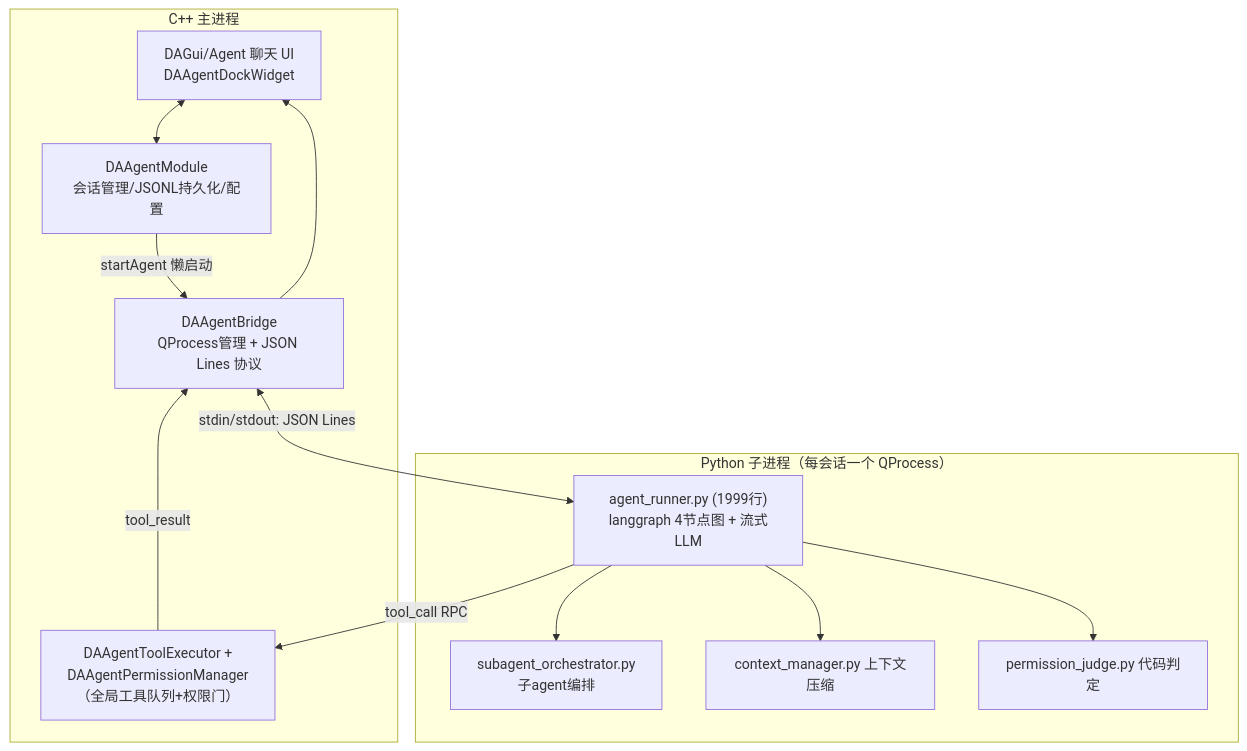
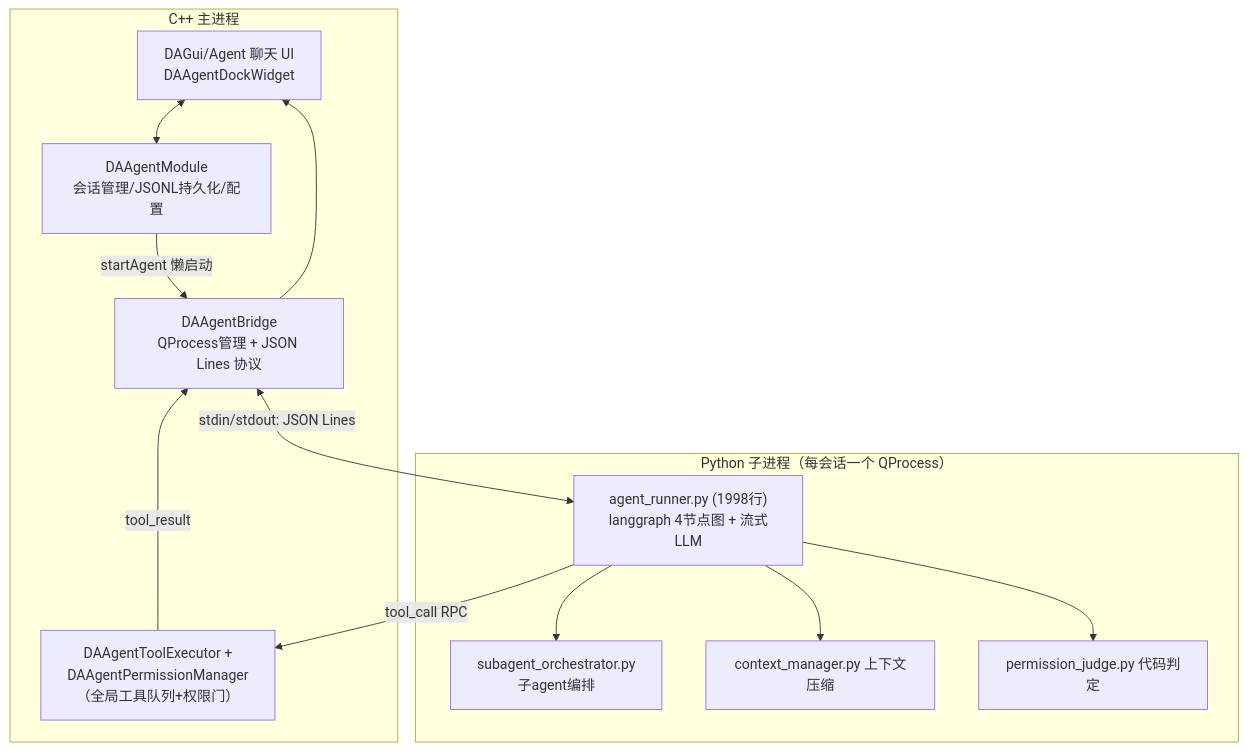
One commit to czyt1988/data-workbench changed the first of 3 diagrams in docs/方案/00-总览与可行性分析.md. Above: the diagram before and after it, drawn with Mermaid. The commit also changed other lines of this file and 7 other files, not shown here.

````diff
--- a/docs/方案/00-总览与可行性分析.md
+++ b/docs/方案/00-总览与可行性分析.md
@@ -17,24 +17,24 @@
 ```mermaid
 flowchart TB
     subgraph 主进程C++["C++ 主进程"]
         UI["DAGui/Agent 聊天 UI<br/>DAAgentDockWidget"]
         Module["DAAgentModule<br/>会话管理/JSONL持久化/配置"]
         Bridge["DAAgentBridge<br/>QProcess管理 + JSON Lines 协议"]
         Tool["DAAgentToolExecutor +<br/>DAAgentPermissionManager<br/>（全局工具队列+权限门）"]
     end
     subgraph 子进程Python["Python 子进程（每会话一个 QProcess）"]
-        Runner["agent_runner.py (1999行)<br/>langgraph 4节点图 + 流式LLM"]
+        Runner["agent_runner.py (1998行)<br/>langgraph 4节点图 + 流式LLM"]
         Sub["subagent_orchestrator.py<br/>子agent编排"]
         Ctx["context_manager.py 上下文压缩"]
         Judge["permission_judge.py 代码判定"]
     end
     UI <--> Module
     Module -->|"startAgent 懒启动"| Bridge
     Bridge <-->|"stdin/stdout: JSON Lines"| Runner
     Runner --> Sub
     Runner --> Ctx
     Runner --> Judge
     Runner -->|"tool_call RPC"| Tool
     Tool -->|"tool_result"| Bridge
     Bridge --> UI
 ```
````
